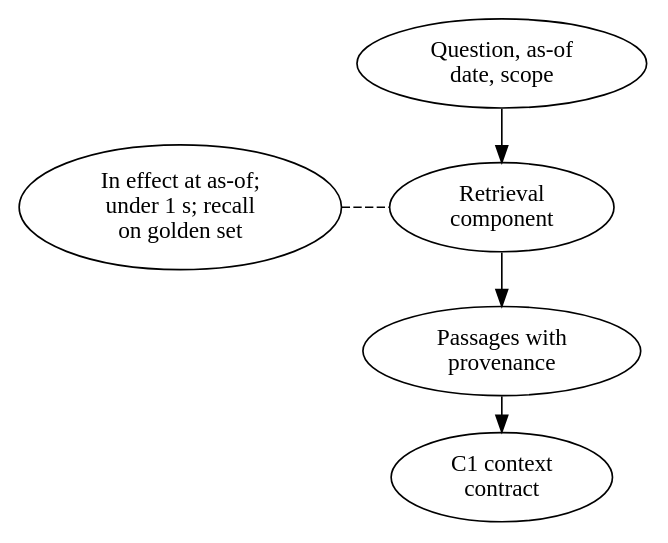
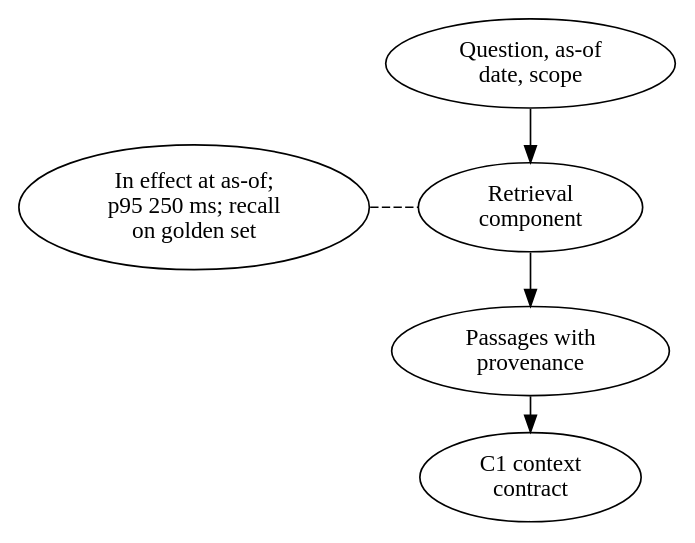
One commit to rajesh1008/system-design-book changed the diagram in figures/src/ch19/fig-19-1.dot. Above: the diagram before and after it, drawn with Graphviz. The commit also changed 93 other files, not shown here.

```diff
--- a/figures/src/ch19/fig-19-1.dot
+++ b/figures/src/ch19/fig-19-1.dot
@@ -1,20 +1,20 @@
 // Figure 19.1  Retrieval as a component with a contract
 // Reading order: top to bottom. The agent asks with a question, an
 // as-of date, and a scope. The retrieval component answers with
 // passages that each carry their provenance, under three promises it
 // is measured against. The passages then travel under the Chapter 6
 // context contract to the step that uses them.
 digraph contract {
 #include "book.gv"
   rankdir=TB; nodesep=0.4; ranksep=0.3;
   ask [label="Question, as-of\ndate, scope", class="ops"];
   ret [label="Retrieval\ncomponent", class="knowledge"];
   out [label="Passages with\nprovenance", class="knowledge"];
-  pr  [label="In effect at as-of;\nunder 1 s; recall\non golden set", class="ops gate"];
+  pr  [label="In effect at as-of;\np95 250 ms; recall\non golden set", class="ops gate"];
   c1  [label="C1 context\ncontract", class="ops"];
   ask -> ret [class="data"];
   ret -> out [class="emphasis"];
   out -> c1 [class="data"];
   pr -> ret [style="dashed", arrowhead="none"];
   {rank=same; ret; pr;}
 }
```
